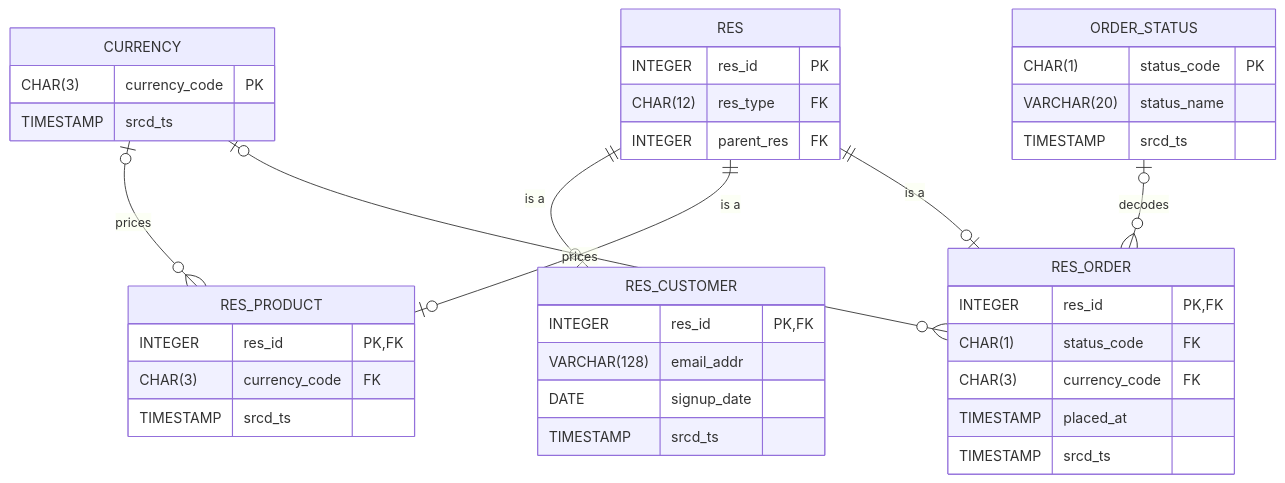
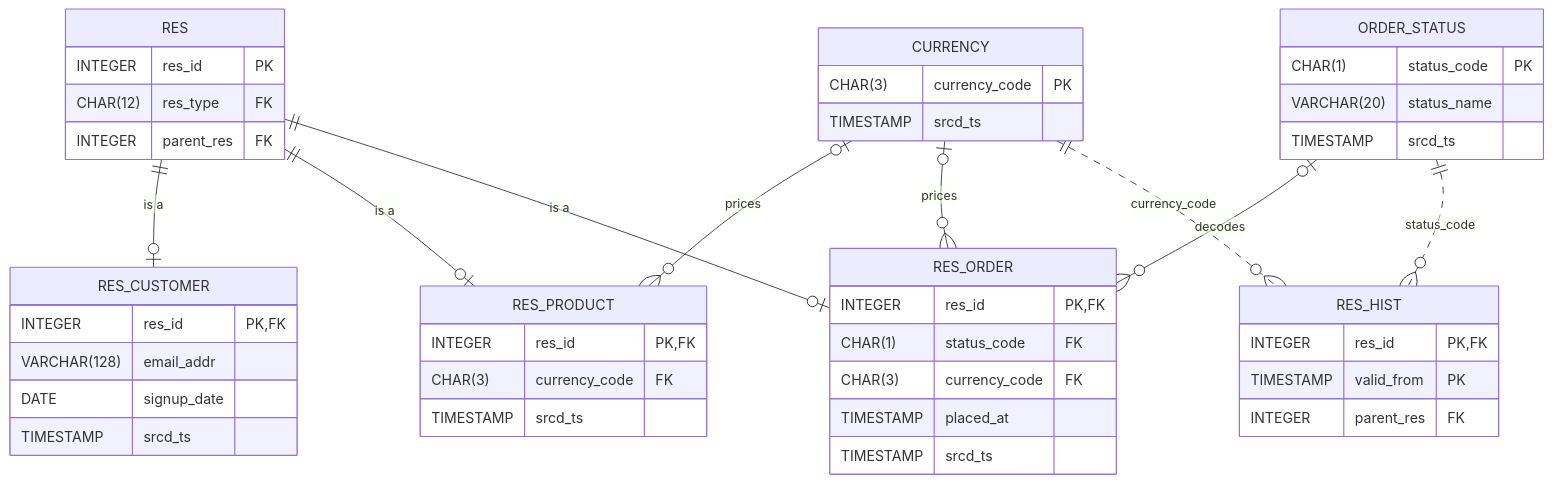
One commit to brianmcmillan/minimum-viable-warehouse changed the fifth of 8 diagrams in er-diagrams/mermaid/metrics-mart.md. Above: the diagram before and after it, drawn with Mermaid. The commit also changed other lines of this file and 15 other files, not shown here.

First line of the commit message:
Regenerate the ER diagrams and declare their missing joins (C5 items 5, 7)

````diff
--- a/er-diagrams/mermaid/metrics-mart.md
+++ b/er-diagrams/mermaid/metrics-mart.md
@@ -297,41 +320,48 @@
 ```mermaid
 erDiagram
     RES {
         INTEGER res_id PK
         CHAR(12) res_type FK
         INTEGER parent_res FK
     }
     RES_CUSTOMER {
         INTEGER res_id PK, FK
         VARCHAR(128) email_addr
         DATE signup_date
         TIMESTAMP srcd_ts
     }
     RES_PRODUCT {
         INTEGER res_id PK, FK
         CHAR(3) currency_code FK
         TIMESTAMP srcd_ts
     }
     RES_ORDER {
         INTEGER res_id PK, FK
         CHAR(1) status_code FK
         CHAR(3) currency_code FK
         TIMESTAMP placed_at
         TIMESTAMP srcd_ts
     }
     ORDER_STATUS {
         CHAR(1) status_code PK
         VARCHAR(20) status_name
         TIMESTAMP srcd_ts
     }
     CURRENCY {
         CHAR(3) currency_code PK
         TIMESTAMP srcd_ts
     }
+    RES_HIST {
+        INTEGER res_id PK, FK
+        TIMESTAMP valid_from PK
+        INTEGER parent_res FK
+    }
     RES ||--o| RES_CUSTOMER : "is a"
     CURRENCY |o--o{ RES_PRODUCT : "prices"
     RES ||--o| RES_PRODUCT : "is a"
     CURRENCY |o--o{ RES_ORDER : "prices"
     ORDER_STATUS |o--o{ RES_ORDER : "decodes"
     RES ||--o| RES_ORDER : "is a"
+    ORDER_STATUS ||..o{ RES_HIST : "status_code"
+    CURRENCY ||..o{ RES_HIST : "currency_code"
 ```
````
